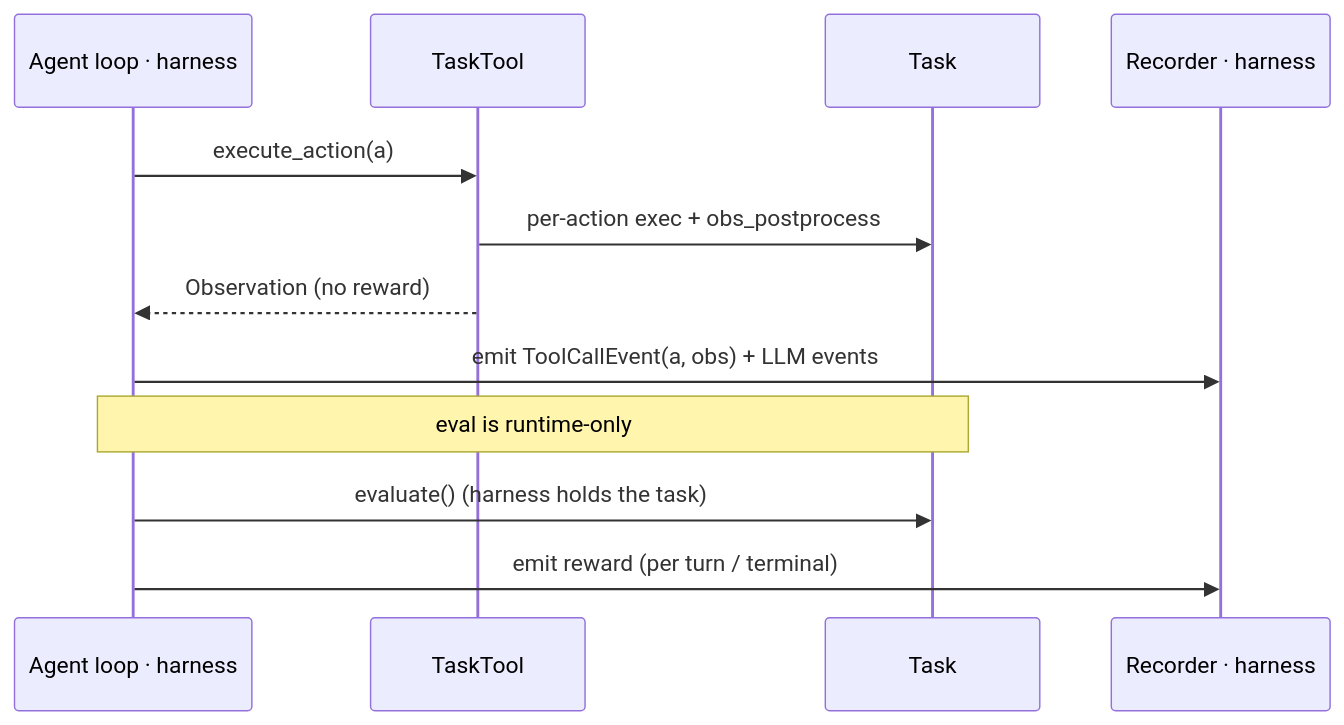
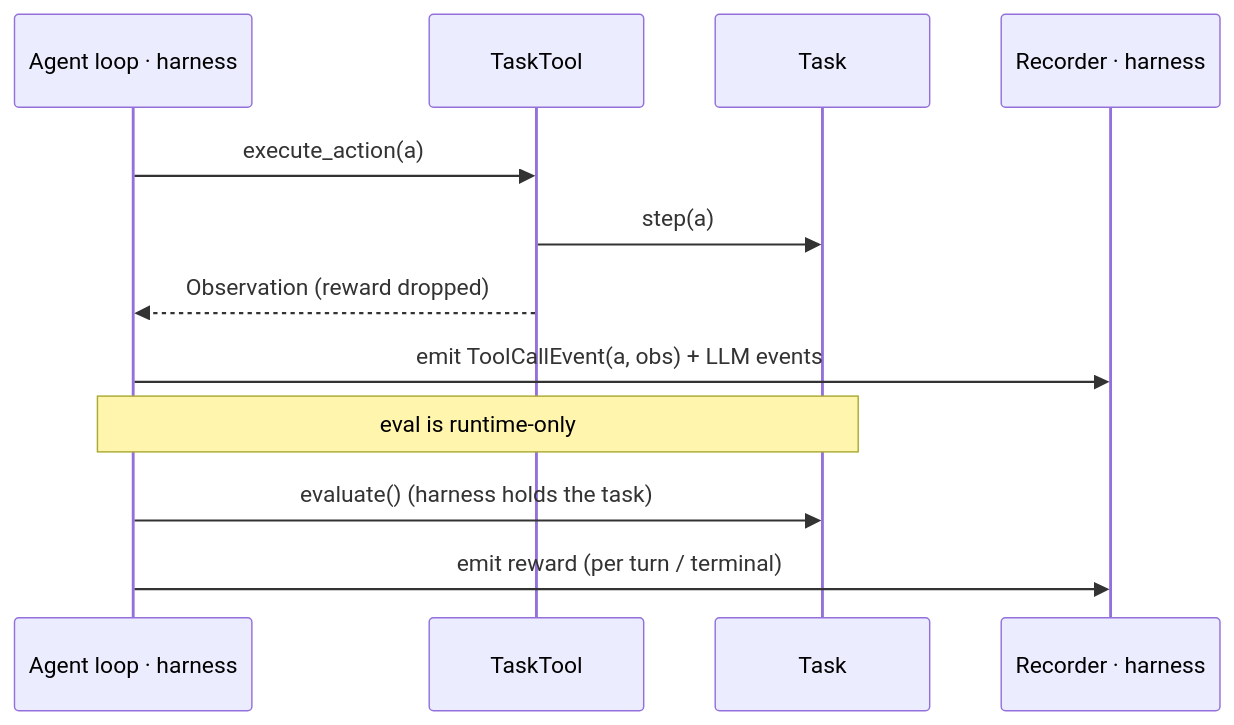
The first of 2 diagrams in openspec/changes/streamable-task/proposal.md (The-AI-Alliance/cube-standard), drawn with Mermaid before and after one commit. The commit also changed other lines of this file and 1 other file, not shown here.

First line of the commit message:
design(openspec): relay execute_action to step's sub-fn + landing footprint

````diff
--- a/openspec/changes/streamable-task/proposal.md
+++ b/openspec/changes/streamable-task/proposal.md
@@ -66,14 +69,14 @@
 ```mermaid
 sequenceDiagram
   participant Ag as Agent loop · harness
   participant TT as TaskTool
   participant Tk as Task
   participant Rec as Recorder · harness
   Ag->>TT: execute_action(a)
-  TT->>Tk: per-action exec + obs_postprocess
-  TT-->>Ag: Observation (no reward)
+  TT->>Tk: step(a)
+  TT-->>Ag: Observation (reward dropped)
   Ag->>Rec: emit ToolCallEvent(a, obs) + LLM events
   Note over Ag,Tk: eval is runtime-only
   Ag->>Tk: evaluate()  (harness holds the task)
   Ag->>Rec: emit reward (per turn / terminal)
 ```
````
